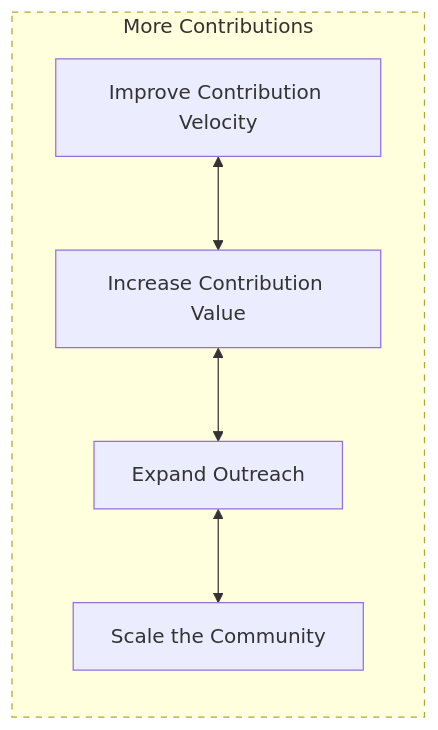
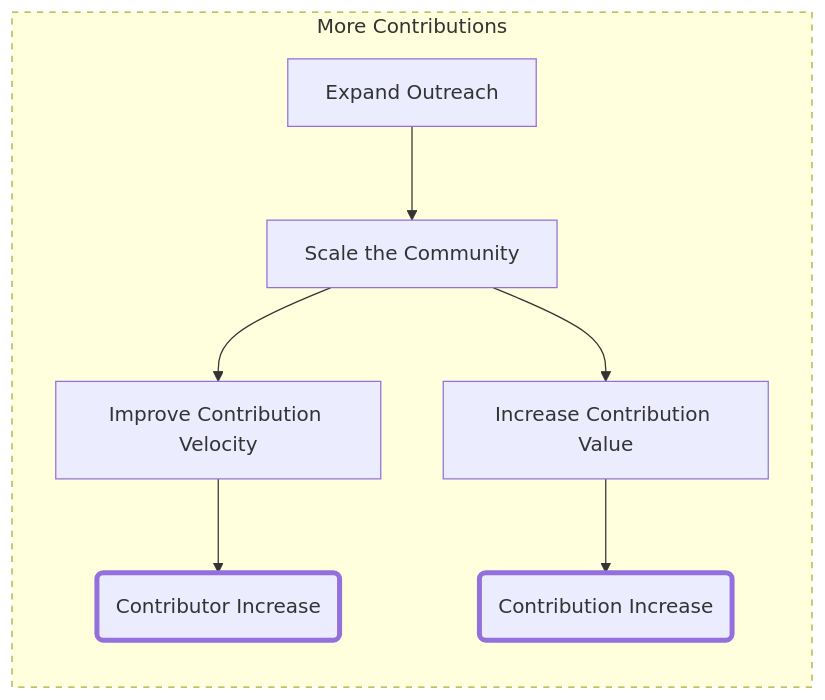
Before and after one commit to secretstartups/handbook: the first of 2 diagrams in quality/contributor-success/index.html.md, drawn with Mermaid. The commit also changed other lines of this file, not shown here.

````diff
--- a/quality/contributor-success/index.html.md
+++ b/quality/contributor-success/index.html.md
@@ -27,19 +27,25 @@
 ```mermaid
 
 flowchart LR
   subgraph moreContributions["More Contributions"]
+    contributorIncrease("Contributor Increase")
+    contributionIncrease("Contribution Increase")
+    increaseValue["Increase Contribution Value"]
     improveVelocity["Improve Contribution Velocity"]
-    increaseValue["Increase Contribution Value"]
+    scaleCommunity["Scale the Community"]
     expandOutreach["Expand Outreach"]
-    scaleCommunity["Scale the Community"]
-    improveVelocity<-->increaseValue
-    increaseValue<-->expandOutreach
-    expandOutreach<-->scaleCommunity
+    scaleCommunity-->improveVelocity
+    scaleCommunity-->increaseValue
+    expandOutreach-->scaleCommunity
+    increaseValue-->contributionIncrease
+    improveVelocity-->contributorIncrease
   end
-  style moreContributions fill:,stroke-dasharray: 5 5
+  style moreContributions stroke-dasharray: 5 5
+  style contributionIncrease fill:,stroke-width:4px
+  style contributorIncrease fill:,stroke-width:4px
   click improveVelocity "#improve-contribution-velocity"
   click increaseValue "#increase-contribution-value"
   click expandOutreach "#expand-outreach"
   click scaleCommunity "#scale-the-community"
 
  ```
````
